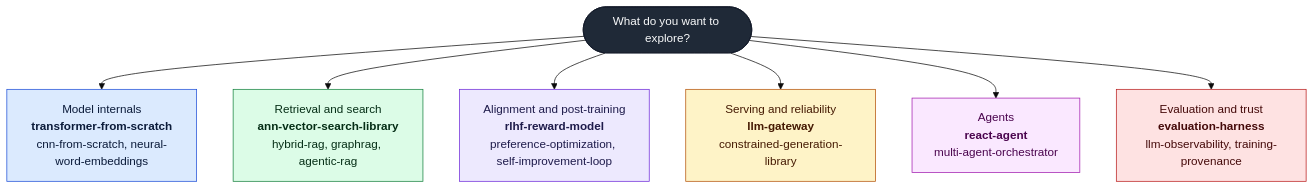
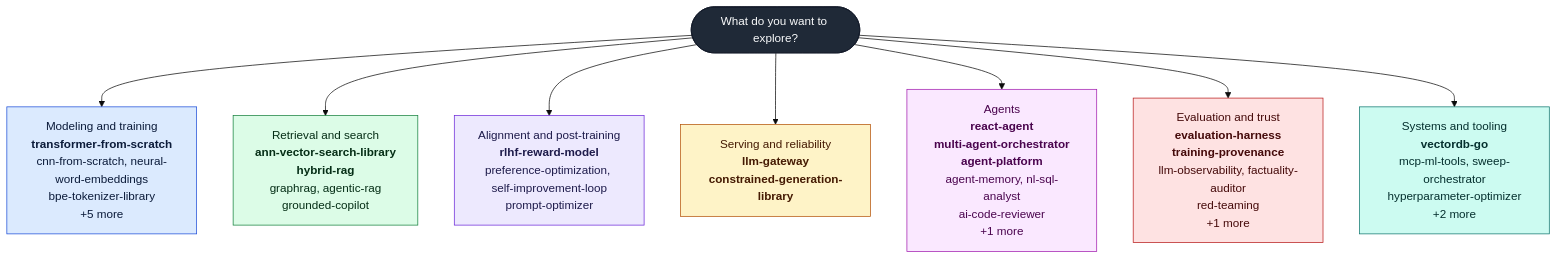
Before and after one commit to adeoluo/adeoluo: the first of 3 diagrams in README.md, drawn with Mermaid (base theme). The commit also changed other lines of this file, not shown here.

````diff
--- a/README.md
+++ b/README.md
@@ -49,27 +35,29 @@
 ```mermaid
 flowchart TD
-  START([What do you want to explore?])
+  n_root(["What do you want to explore?"])
+  n_root --> n_model["Modeling and training<br/><b>transformer-from-scratch</b><br/>cnn-from-scratch, neural-word-embeddings<br/>bpe-tokenizer-library<br/>+5 more"]
+  n_root --> n_retr["Retrieval and search<br/><b>ann-vector-search-library</b><br/><b>hybrid-rag</b><br/>graphrag, agentic-rag<br/>grounded-copilot"]
+  n_root --> n_align["Alignment and post-training<br/><b>rlhf-reward-model</b><br/>preference-optimization, self-improvement-loop<br/>prompt-optimizer"]
+  n_root --> n_serve["Serving and reliability<br/><b>llm-gateway</b><br/><b>constrained-generation-library</b>"]
+  n_root --> n_agent["Agents<br/><b>react-agent</b><br/><b>multi-agent-orchestrator</b><br/><b>agent-platform</b><br/>agent-memory, nl-sql-analyst<br/>ai-code-reviewer<br/>+1 more"]
+  n_root --> n_trust["Evaluation and trust<br/><b>evaluation-harness</b><br/><b>training-provenance</b><br/>llm-observability, factuality-auditor<br/>red-teaming<br/>+1 more"]
+  n_root --> n_sys["Systems and tooling<br/><b>vectordb-go</b><br/>mcp-ml-tools, sweep-orchestrator<br/>hyperparameter-optimizer<br/>+2 more"]
 
-  START --> MODELS["Model internals<br/><b>transformer-from-scratch</b><br/>cnn-from-scratch, neural-word-embeddings"]
-  START --> RETRIEVAL["Retrieval and search<br/><b>ann-vector-search-library</b><br/>hybrid-rag, graphrag, agentic-rag"]
-  START --> ALIGN["Alignment and post-training<br/><b>rlhf-reward-model</b><br/>preference-optimization, self-improvement-loop"]
-  START --> SERVE["Serving and reliability<br/><b>llm-gateway</b><br/>constrained-generation-library"]
-  START --> AGENTS["Agents<br/><b>react-agent</b><br/>multi-agent-orchestrator"]
-  START --> TRUST["Evaluation and trust<br/><b>evaluation-harness</b><br/>llm-observability, training-provenance"]
+  classDef c_root fill:#1f2937,stroke:#111827,color:#f9fafb;
+  classDef c_model fill:#dbeafe,stroke:#1d4ed8,color:#0b1b3a;
+  classDef c_retr fill:#dcfce7,stroke:#15803d,color:#052e16;
+  classDef c_align fill:#ede9fe,stroke:#6d28d9,color:#1e1b4b;
+  classDef c_serve fill:#fef3c7,stroke:#b45309,color:#451a03;
+  classDef c_agent fill:#fae8ff,stroke:#a21caf,color:#4a044e;
+  classDef c_trust fill:#fee2e2,stroke:#b91c1c,color:#450a0a;
+  classDef c_sys fill:#ccfbf1,stroke:#0f766e,color:#042f2e;
 
-  classDef model fill:#dbeafe,stroke:#1d4ed8,color:#0b1b3a;
-  classDef retr fill:#dcfce7,stroke:#15803d,color:#052e16;
-  classDef align fill:#ede9fe,stroke:#6d28d9,color:#1e1b4b;
-  classDef serve fill:#fef3c7,stroke:#b45309,color:#451a03;
-  classDef agent fill:#fae8ff,stroke:#a21caf,color:#4a044e;
-  classDef trust fill:#fee2e2,stroke:#b91c1c,color:#450a0a;
-  classDef start fill:#1f2937,stroke:#111827,color:#f9fafb;
-
-  class START start;
-  class MODELS model;
-  class RETRIEVAL retr;
-  class ALIGN align;
-  class SERVE serve;
-  class AGENTS agent;
-  class TRUST trust;
+  class n_root c_root;
+  class n_model c_model;
+  class n_retr c_retr;
+  class n_align c_align;
+  class n_serve c_serve;
+  class n_agent c_agent;
+  class n_trust c_trust;
+  class n_sys c_sys;
 ```
````
